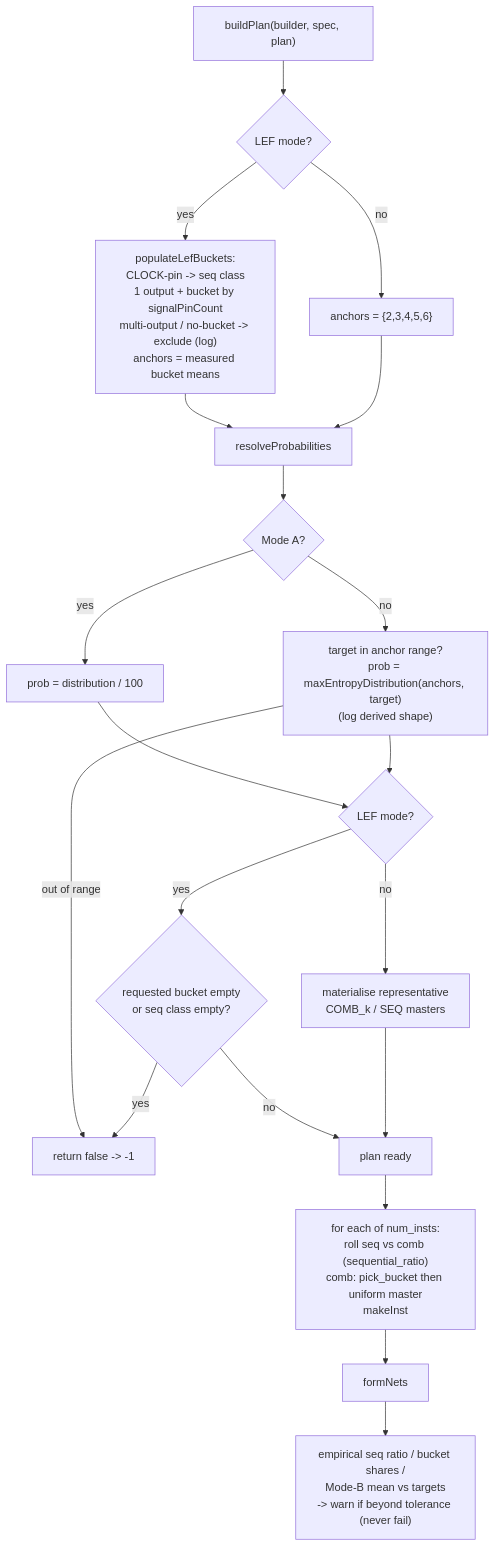
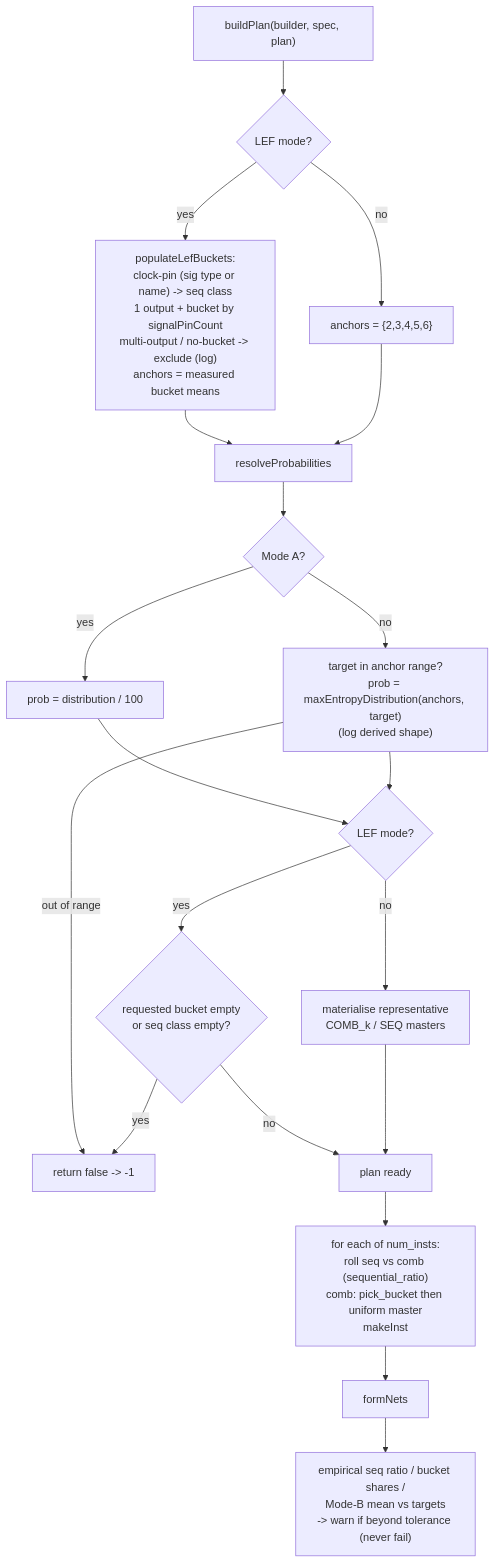
One commit to rfive88/eda-lab changed the fifth of 11 diagrams in src/engines/netlistgen/FLOW.md. Above: the diagram before and after it, drawn with Mermaid. The commit also changed other lines of this file and 4 other files, not shown here.

First line of the commit message:
netlistgen: detect sequential cells by clock-pin name, not only USE CLOCK

````diff
--- a/src/engines/netlistgen/FLOW.md
+++ b/src/engines/netlistgen/FLOW.md
@@ -143,23 +146,23 @@
 ```mermaid
 graph TD
   bp["buildPlan(builder, spec, plan)"] --> lm{"LEF mode?"}
-  lm -->|yes| pop["populateLefBuckets:<br/>CLOCK-pin -> seq class<br/>1 output + bucket by signalPinCount<br/>multi-output / no-bucket -> exclude (log)<br/>anchors = measured bucket means"]
+  lm -->|yes| pop["populateLefBuckets:<br/>clock-pin (sig type or name) -> seq class<br/>1 output + bucket by signalPinCount<br/>multi-output / no-bucket -> exclude (log)<br/>anchors = measured bucket means"]
   lm -->|no| anc["anchors = {2,3,4,5,6}"]
   pop --> rp
   anc --> rp["resolveProbabilities"]
   rp --> modeA{"Mode A?"}
   modeA -->|yes| dist["prob = distribution / 100"]
   modeA -->|no| maxe["target in anchor range?<br/>prob = maxEntropyDistribution(anchors, target)<br/>(log derived shape)"]
   maxe -->|out of range| r2["return false -> -1"]
   dist --> chk
   maxe --> chk{"LEF mode?"}
   chk -->|yes| empty{"requested bucket empty<br/>or seq class empty?"}
   empty -->|yes| r2
   empty -->|no| okplan
   chk -->|no| reps["materialise representative<br/>COMB_k / SEQ masters"]
   reps --> okplan[plan ready]
 
   okplan --> gen["for each of num_insts:<br/>roll seq vs comb (sequential_ratio)<br/>comb: pick_bucket then uniform master<br/>makeInst"]
   gen --> fn2["formNets"]
   fn2 --> tol["empirical seq ratio / bucket shares /<br/>Mode-B mean vs targets<br/>-> warn if beyond tolerance (never fail)"]
 ```
````
